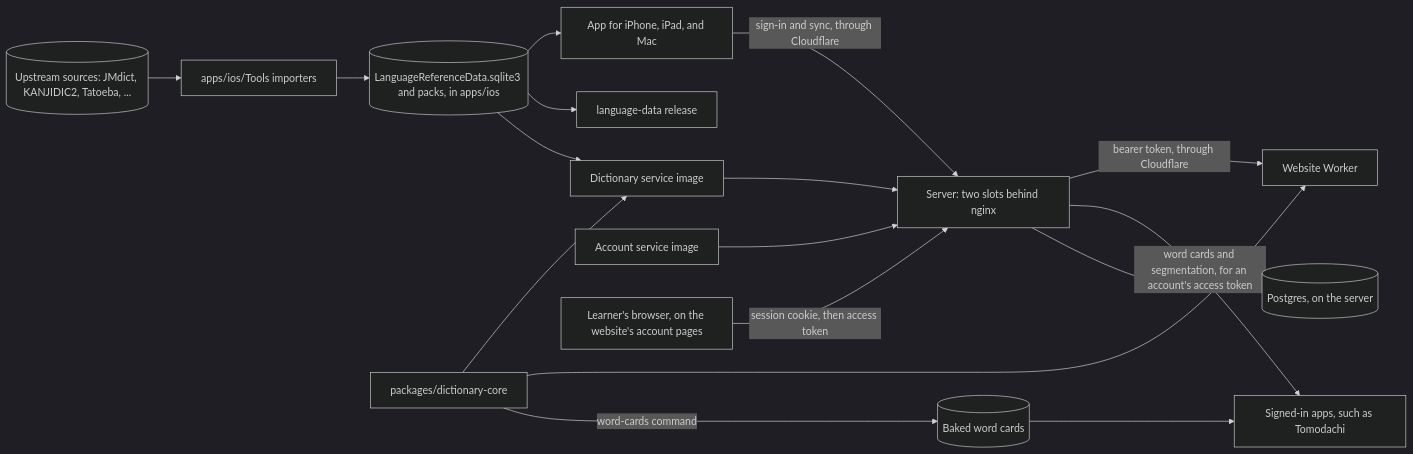
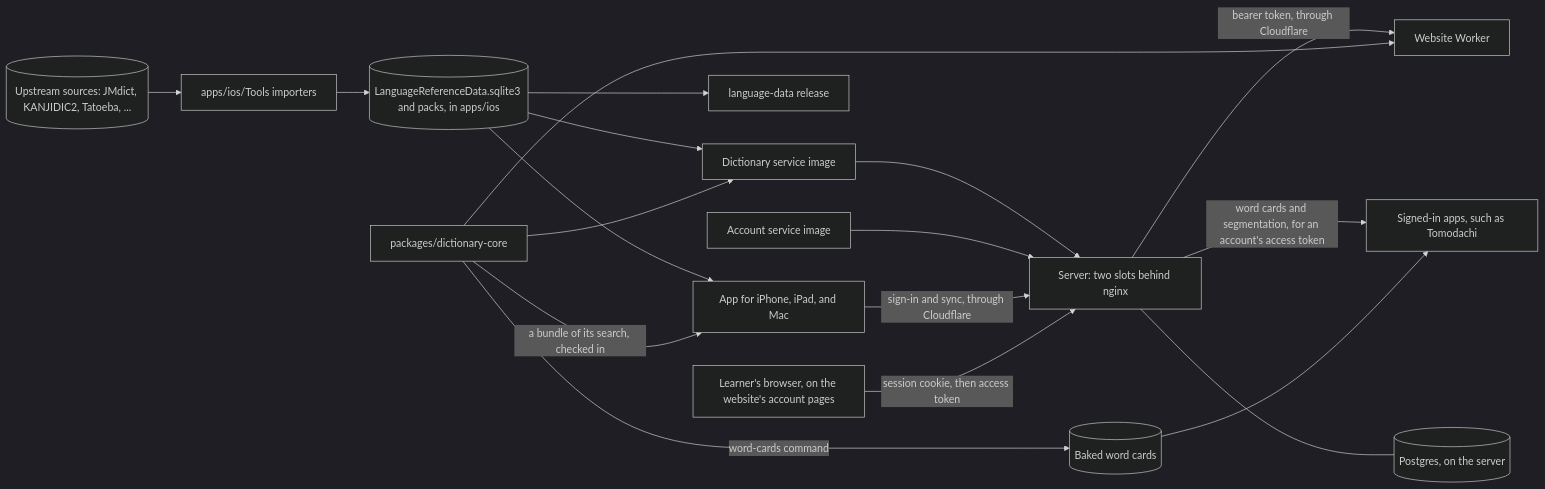
Before and after one commit to serpcompany/zenbujapanese-monorepo: the diagram in ARCHITECTURE.md, drawn with Mermaid (dark theme). The commit also changed other lines of this file and 27 other files, not shown here.

````diff
--- a/ARCHITECTURE.md
+++ b/ARCHITECTURE.md
@@ -22,19 +22,20 @@
 ```mermaid
 flowchart LR
     Sources[("Upstream sources: JMdict, KANJIDIC2, Tatoeba, ...")] --> Tools["apps/ios/Tools importers"]
     Tools --> Data[("LanguageReferenceData.sqlite3 and packs, in apps/ios")]
     Data --> App["App for iPhone, iPad, and Mac"]
     Data --> Release["language-data release"]
     Data --> Image["Dictionary service image"]
     Core["packages/dictionary-core"] --> Image
+    Core -->|"a bundle of its search, checked in"| App
     Image --> Server["Server: two slots behind nginx"]
     Server -->|"bearer token, through Cloudflare"| Site["Website Worker"]
     Server -->|"word cards and segmentation, for an account's access token"| Apps["Signed-in apps, such as Tomodachi"]
     Core --> Site
     Core -->|"word-cards command"| Cards[("Baked word cards")]
     Cards --> Apps
     Accounts["Account service image"] --> Server
     App -->|"sign-in and sync, through Cloudflare"| Server
     Server --- Postgres[("Postgres, on the server")]
     Browser["Learner's browser, on the website's account pages"] -->|"session cookie, then access token"| Server
 ```
````
